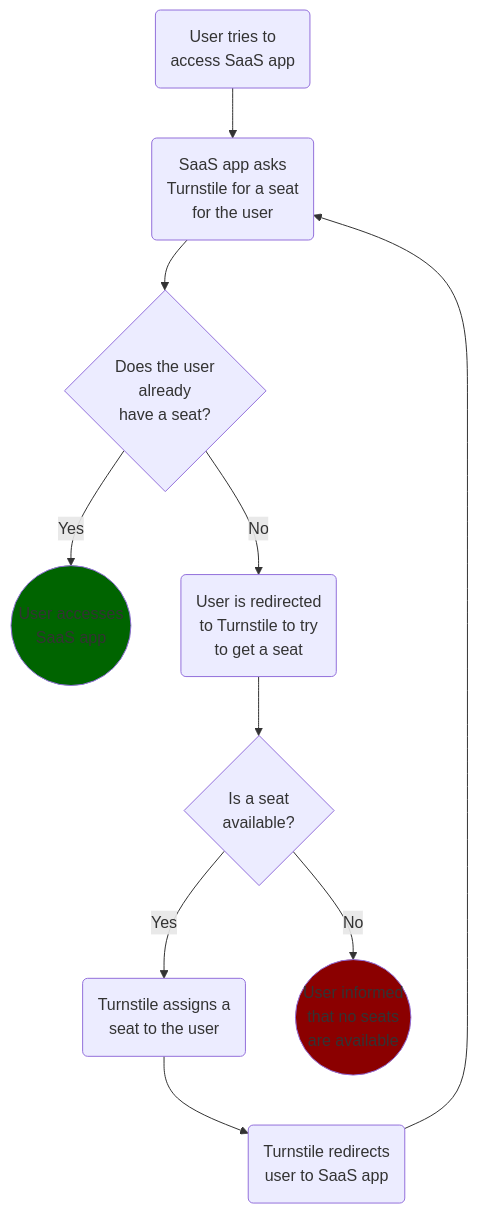
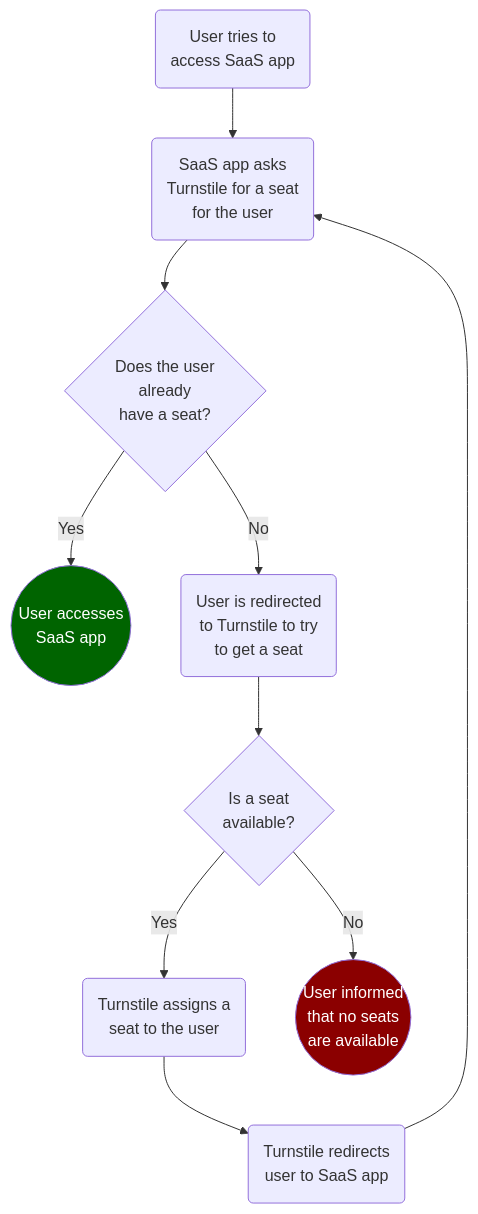
One commit to microsoft/turnstile changed the first of 2 diagrams in README.md. Above: the diagram before and after it, drawn with Mermaid. The commit also changed other lines of this file, not shown here.

````diff
--- a/README.md
+++ b/README.md
@@ -15,14 +15,14 @@
 ```mermaid
   graph TD
     A(User tries to<br />access SaaS app) --> B(SaaS app asks<br />Turnstile for a seat<br />for the user)
     B --> C{Does the user<br />already<br />have a seat?}
     C -- Yes --> D((User accesses<br />SaaS app))
     C -- No --> E(User is redirected<br />to Turnstile to try<br />to get a seat)
     E --> F{Is a seat<br />available?}
     F -- Yes -->G(Turnstile assigns a<br />seat to the user)
     G --> H(Turnstile redirects<br />user to SaaS app)
     H --> B
     F -- No -->I((User informed<br />that no seats<br />are available))
-    style D fill: darkgreen
-    style I fill: darkred  
+    style D fill:darkgreen,color:white
+    style I fill:darkred,color:white
 ```
````
